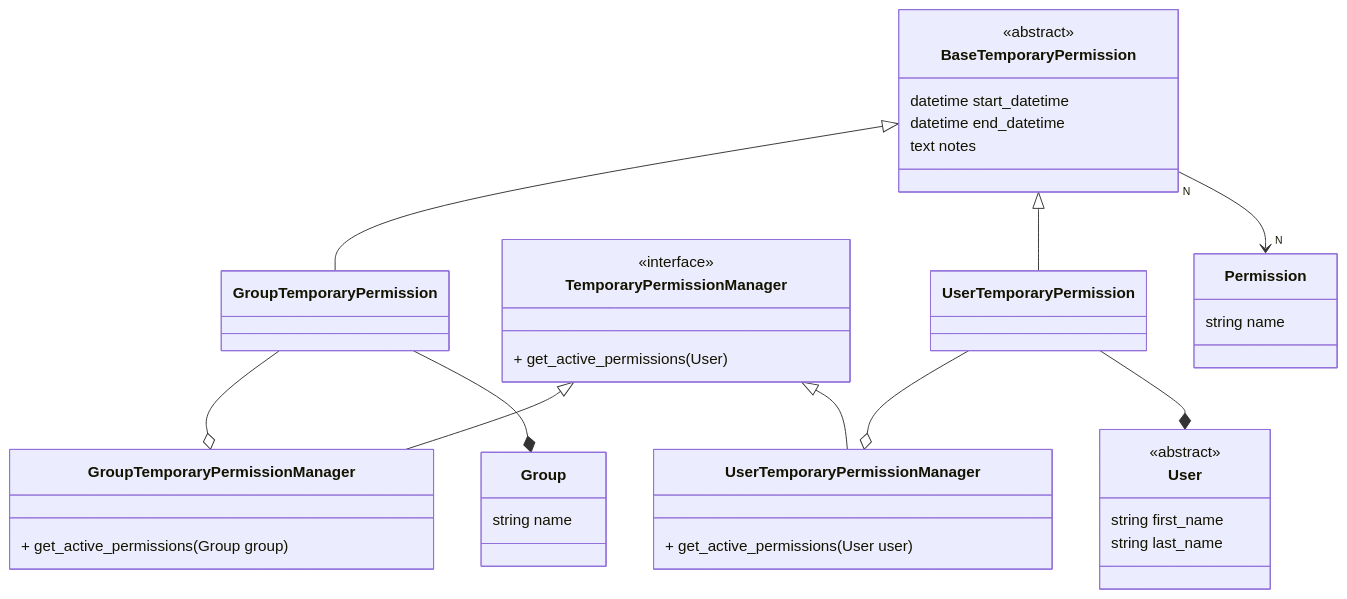
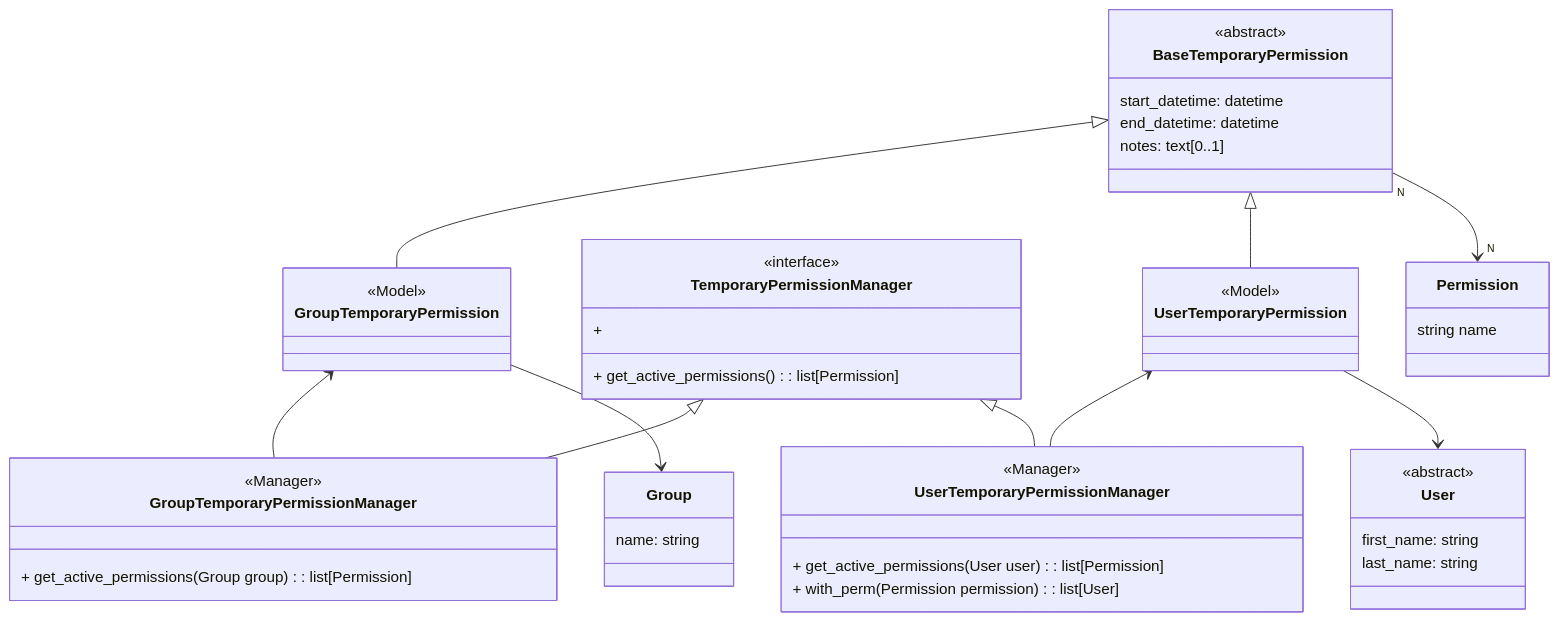
The first of 2 diagrams in docs/design/class_diagram.md (k-tech-italy/django-temp-permissions), drawn with Mermaid before and after one commit. The commit also changed other lines of this file, not shown here.

Commit message:
Update object relation definition and return type

````diff
--- a/docs/design/class_diagram.md
+++ b/docs/design/class_diagram.md
@@ -3,49 +3,57 @@
 ```mermaid
 classDiagram
     class Permission {
         string name
     }
     
     class BaseTemporaryPermission {
         <<abstract>>
-        datetime start_datetime
-        datetime end_datetime
-        text notes
+        start_datetime: datetime
+        end_datetime: datetime
+        notes: text[0..1]
     }
     BaseTemporaryPermission "N" --> "N" Permission
     
     class User {
         <<abstract>>
-        string first_name
-        string last_name
+        first_name: string
+        last_name: string
     }
     
     class Group {
-        string name
+        name: string
     }
     
     class TemporaryPermissionManager {
         <<interface>>
-        + get_active_permissions(User)
+        + get_active_permissions(): list[Permission]
+        + 
     }
     
-    class UserTemporaryPermission 
-    UserTemporaryPermission --* User
+    class UserTemporaryPermission {
+        <<Model>>
+    }
+    UserTemporaryPermission --> User
     BaseTemporaryPermission <|-- UserTemporaryPermission
     
-    class GroupTemporaryPermission
-    GroupTemporaryPermission --* Group
+    class GroupTemporaryPermission {
+        <<Model>>
+    }
+    GroupTemporaryPermission --> Group
     BaseTemporaryPermission <|-- GroupTemporaryPermission
     
     class UserTemporaryPermissionManager {
-        + get_active_permissions(User user)
+        <<Manager>>
+        + get_active_permissions(User user): list[Permission]
+        + with_perm(Permission permission): list[User]
     }
-    UserTemporaryPermission --o UserTemporaryPermissionManager
+    UserTemporaryPermission <-- UserTemporaryPermissionManager
     TemporaryPermissionManager <|-- UserTemporaryPermissionManager
     
     class GroupTemporaryPermissionManager {
-        + get_active_permissions(Group group)
+        <<Manager>>
+        + get_active_permissions(Group group): list[Permission]
     }
-    GroupTemporaryPermission --o GroupTemporaryPermissionManager
+    GroupTemporaryPermission <-- GroupTemporaryPermissionManager
     TemporaryPermissionManager <|-- GroupTemporaryPermissionManager
 ```
````
